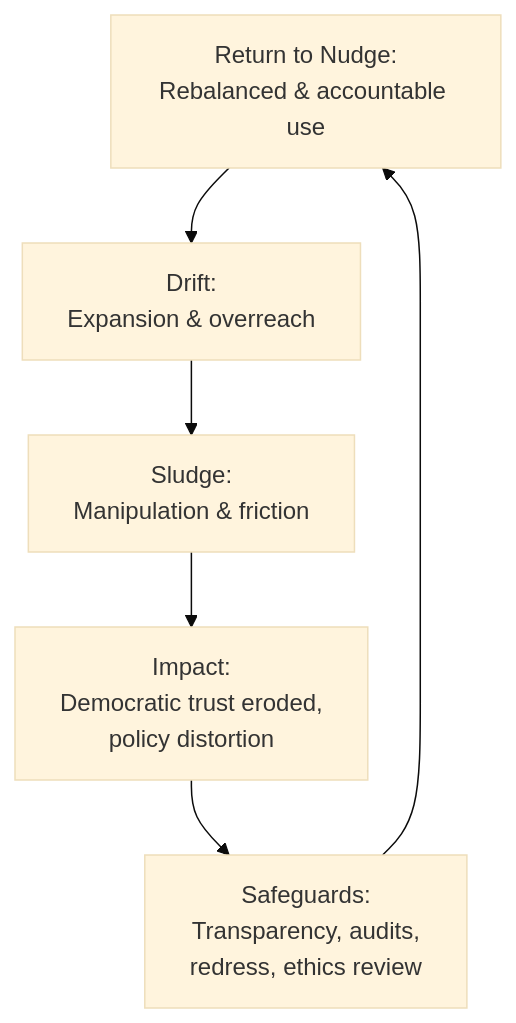
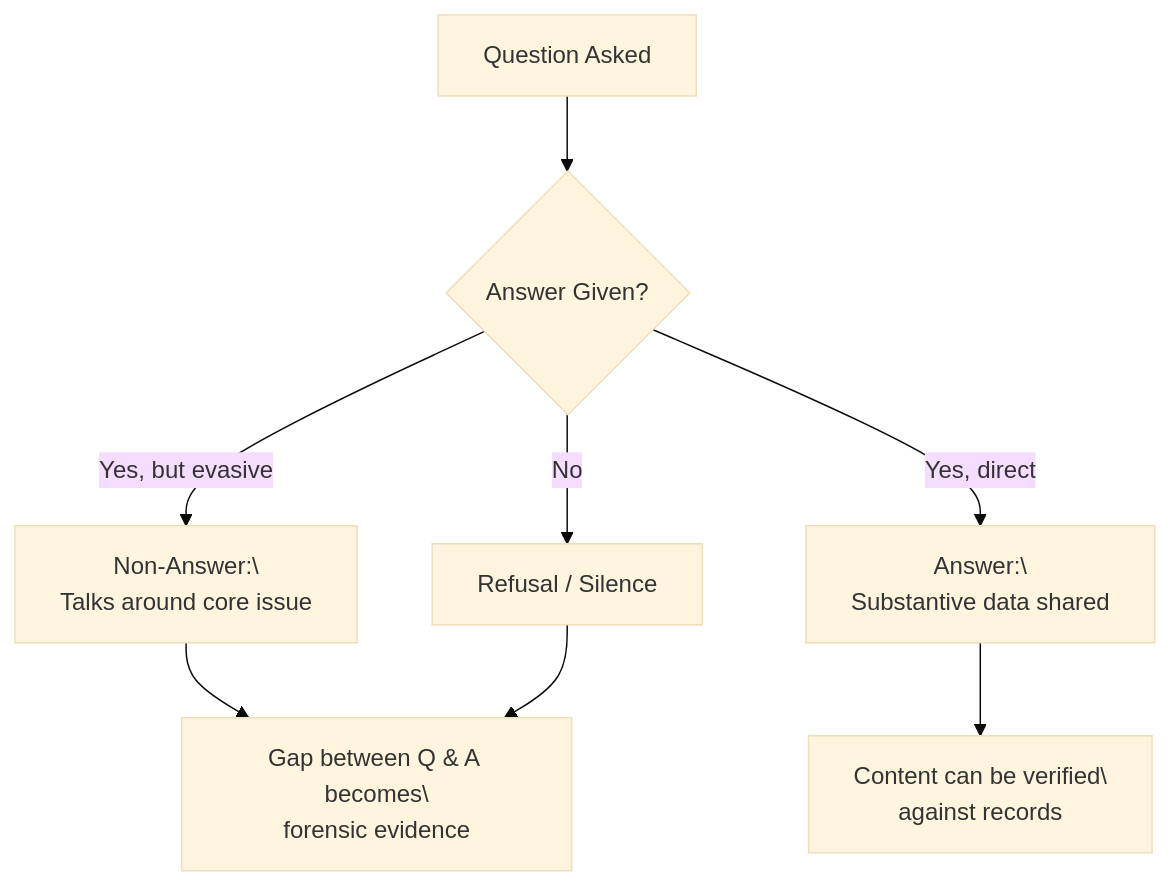
The diagram in Disruption_Kit/Big_Picture_Protocols/🧠_HM_Dept_Coercive_Nudges/⛳️_nudge_to_sludge.md (josefsbreakfast/Polaris-Protocol), drawn with Mermaid (base theme) before and after one commit. The commit also changed other lines of this file, not shown here.

````diff
--- a/Disruption_Kit/Big_Picture_Protocols/🧠_HM_Dept_Coercive_Nudges/⛳️_nudge_to_sludge.md
+++ b/Disruption_Kit/Big_Picture_Protocols/🧠_HM_Dept_Coercive_Nudges/⛳️_nudge_to_sludge.md
@@ -140,8 +80,10 @@
 ```mermaid
 flowchart TD
-    A[Nudge:\nLight-touch behavioural design] --> B[Drift:\nExpansion & overreach]
-    B --> C[Sludge:\nManipulation & friction]
-    C --> D[Impact:\nDemocratic trust eroded,\npolicy distortion]
-    D --> E[Safeguards:\nTransparency, audits,\nredress, ethics review]
-    E --> A[Return to Nudge:\nRebalanced & accountable use]
+    A[Question Asked] --> B{Answer Given?}
+    B -->|Yes, but evasive| C[Non-Answer:\\nTalks around core issue]
+    B -->|Yes, direct| D[Answer:\\nSubstantive data shared]
+    B -->|No| E[Refusal / Silence]
+    C --> F[Gap between Q & A becomes\\nforensic evidence]
+    E --> F
+    D --> G[Content can be verified\\nagainst records]
 ```
````
